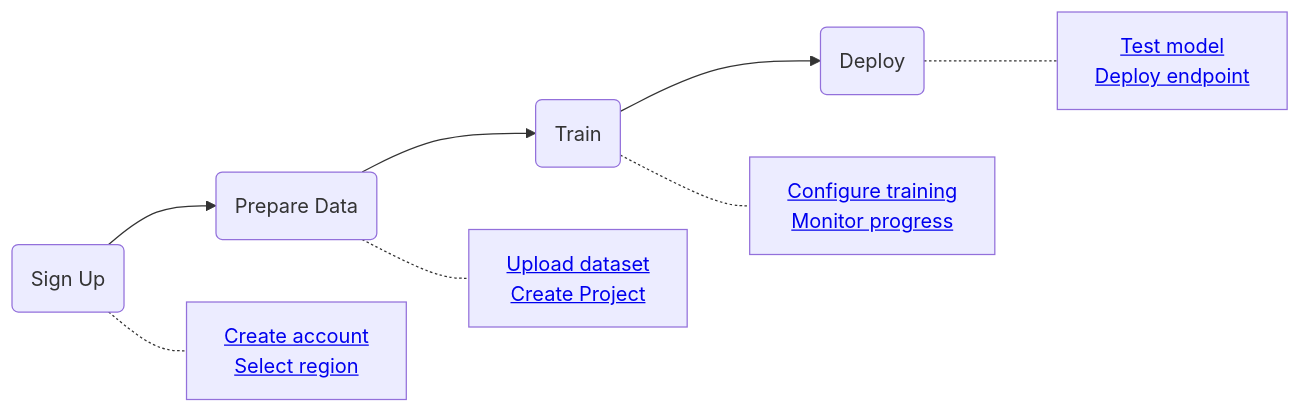
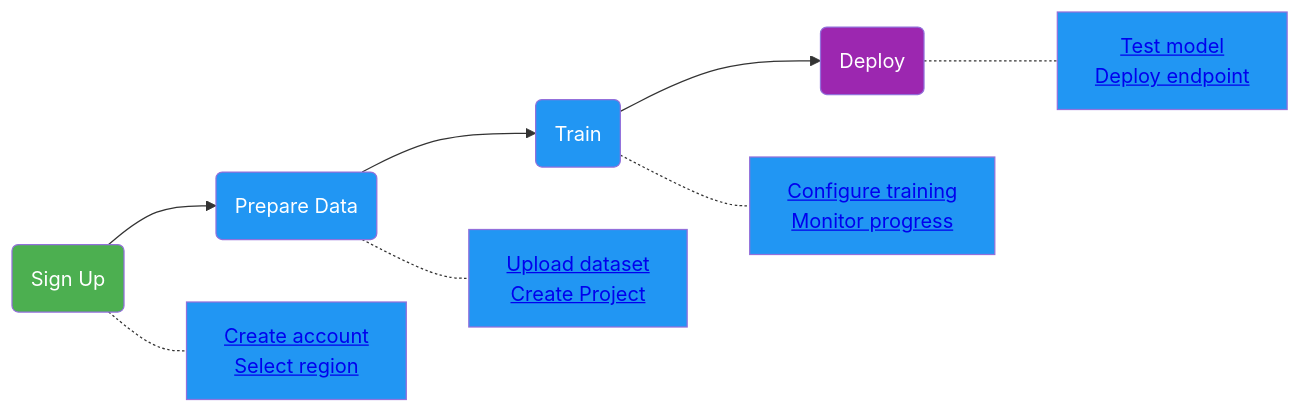
Before and after one commit to medusa717/AI-ULTRALYTICS: the first of 3 diagrams in docs/en/platform/quickstart.md, drawn with Mermaid. The commit also changed other lines of this file and 18 other files, not shown here.

Commit message:
Standardize Mermaid diagram colors across docs (#24932)

````diff
--- a/docs/en/platform/quickstart.md
+++ b/docs/en/platform/quickstart.md
@@ -24,13 +24,17 @@
 ```mermaid
 graph LR
-    A(Sign Up) --> B(Prepare Data) --> C(Train) --> D(Deploy)
-    A -.- A1["<a href='#get-started'>Create account</a><br/><a href='#region-selection'>Select region</a>"]
-    B -.- B1["<a href='#upload-your-first-dataset'>Upload dataset</a><br/><a href='#create-your-first-project'>Create Project</a>"]
-    C -.- C1["<a href='#training-configuration'>Configure training</a><br/><a href='#monitor-training'>Monitor progress</a>"]
-    D -.- D1["<a href='#test-your-model'>Test model</a><br/><a href='#deploy-to-production'>Deploy endpoint</a>"]
+    A(Sign Up):::start --> B(Prepare Data):::proc --> C(Train):::proc --> D(Deploy):::out
+    A -.- A1["<a href='#get-started'>Create account</a><br/><a href='#region-selection'>Select region</a>"]:::proc
+    B -.- B1["<a href='#upload-your-first-dataset'>Upload dataset</a><br/><a href='#create-your-first-project'>Create Project</a>"]:::proc
+    C -.- C1["<a href='#training-configuration'>Configure training</a><br/><a href='#monitor-training'>Monitor progress</a>"]:::proc
+    D -.- D1["<a href='#test-your-model'>Test model</a><br/><a href='#deploy-to-production'>Deploy endpoint</a>"]:::proc
 
     click A "#get-started"
     click B "#upload-your-first-dataset"
     click C "#train-your-first-model"
     click D "#deploy-to-production"
+
+    classDef start fill:#4CAF50,color:#fff
+    classDef proc fill:#2196F3,color:#fff
+    classDef out fill:#9C27B0,color:#fff
 ```
````
